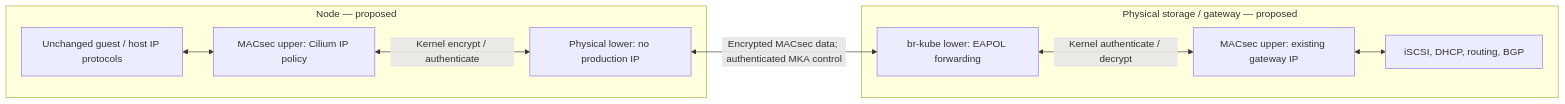
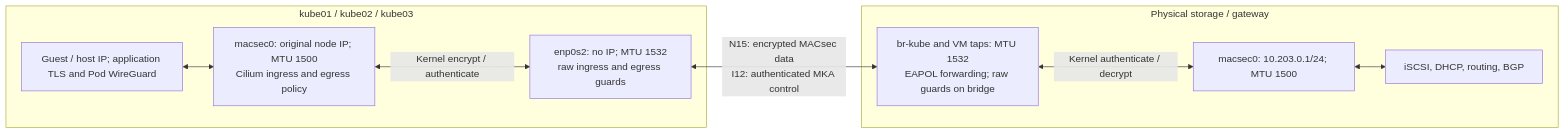
One commit to SamYaple/qrab changed the first of 2 diagrams in docs/node-link-encryption.md. Above: the diagram before and after it, drawn with Mermaid. The commit also changed other lines of this file and 11 other files, not shown here.

````diff
--- a/docs/node-link-encryption.md
+++ b/docs/node-link-encryption.md
@@ -42,18 +49,18 @@
 ```mermaid
 flowchart LR
-    subgraph node["Node — proposed"]
-        ip["Unchanged guest / host IP protocols"]
-        upper["MACsec upper: Cilium IP policy"]
-        lower["Physical lower: no production IP"]
+    subgraph node["kube01 / kube02 / kube03"]
+        ip["Guest / host IP; application TLS and Pod WireGuard"]
+        upper["macsec0: original node IP; MTU 1500<br/>Cilium ingress and egress policy"]
+        lower["enp0s2: no IP; MTU 1532<br/>raw ingress and egress guards"]
         ip <--> upper
         upper <-->|"Kernel encrypt / authenticate"| lower
     end
-    subgraph gateway["Physical storage / gateway — proposed"]
-        bridge["br-kube lower: EAPOL forwarding"]
-        hostupper["MACsec upper: existing gateway IP"]
+    subgraph gateway["Physical storage / gateway"]
+        bridge["br-kube and VM taps: MTU 1532<br/>EAPOL forwarding; raw guards on bridge"]
+        hostupper["macsec0: 10.203.0.1/24; MTU 1500"]
         services["iSCSI, DHCP, routing, BGP"]
         bridge <-->|"Kernel authenticate / decrypt"| hostupper
         hostupper <--> services
     end
-    lower <-->|"Encrypted MACsec data; authenticated MKA control"| bridge
+    lower <-->|"N15: encrypted MACsec data<br/>I12: authenticated MKA control"| bridge
 ```
````
